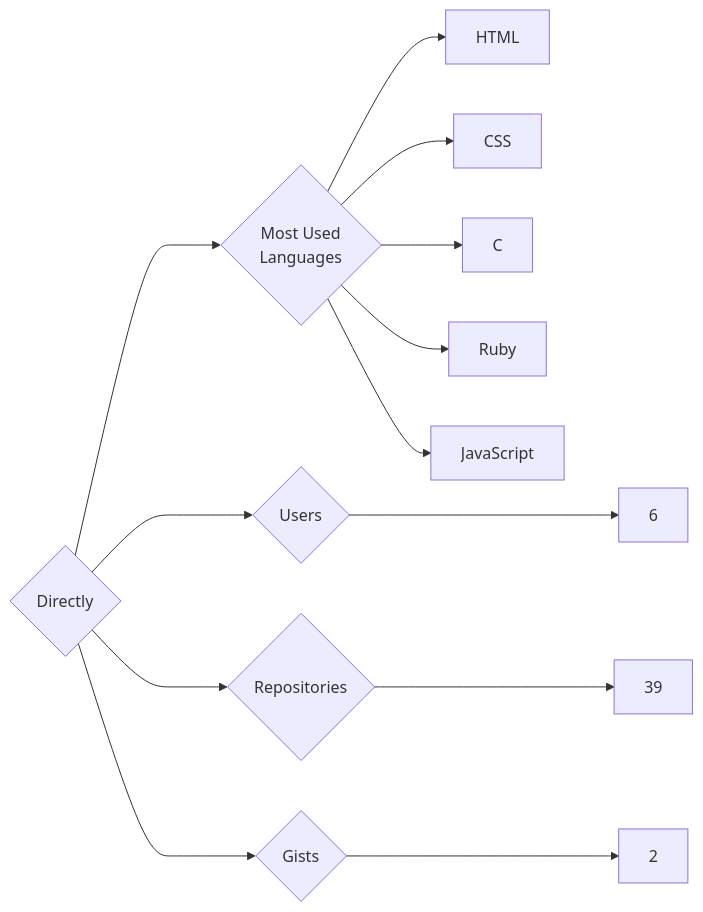
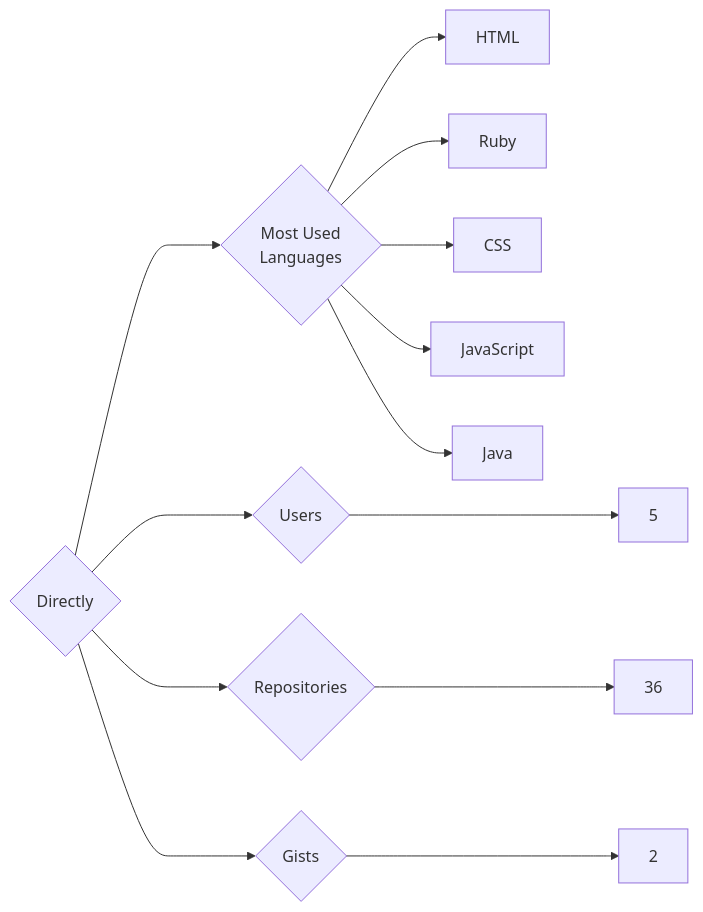
One commit to trickest/insiders changed the diagram in targets/Directly/README.md. Above: the diagram before and after it, drawn with Mermaid. The commit also changed 942 other files, not shown here.

````diff
--- a/targets/Directly/README.md
+++ b/targets/Directly/README.md
@@ -3,13 +3,13 @@
 ```mermaid
 graph LR
 COMPANY_NAME{Directly}
-COMPANY_NAME ---> U{Users} ---> UN[6]
-COMPANY_NAME ---> R{Repositories} ---> RN[39]
+COMPANY_NAME ---> U{Users} ---> UN[5]
+COMPANY_NAME ---> R{Repositories} ---> RN[36]
 COMPANY_NAME ---> G{Gists} ---> GN[2]
 COMPANY_NAME ---> ML{Most Used<br>Languages}
 ML --> HTML[HTML]
+ML --> Ruby[Ruby]
 ML --> CSS[CSS]
-ML --> C[C]
-ML --> Ruby[Ruby]
 ML --> JavaScript[JavaScript]
+ML --> Java[Java]
 ```
````
